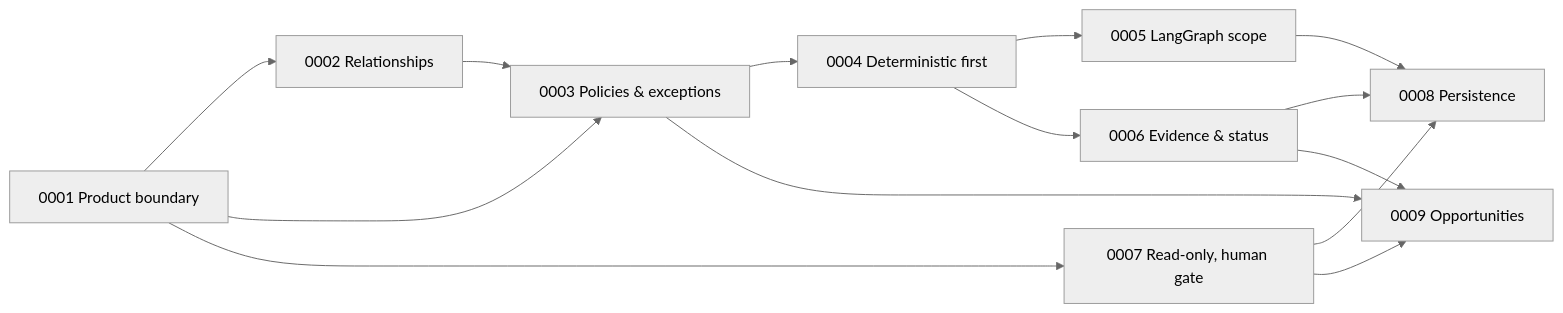
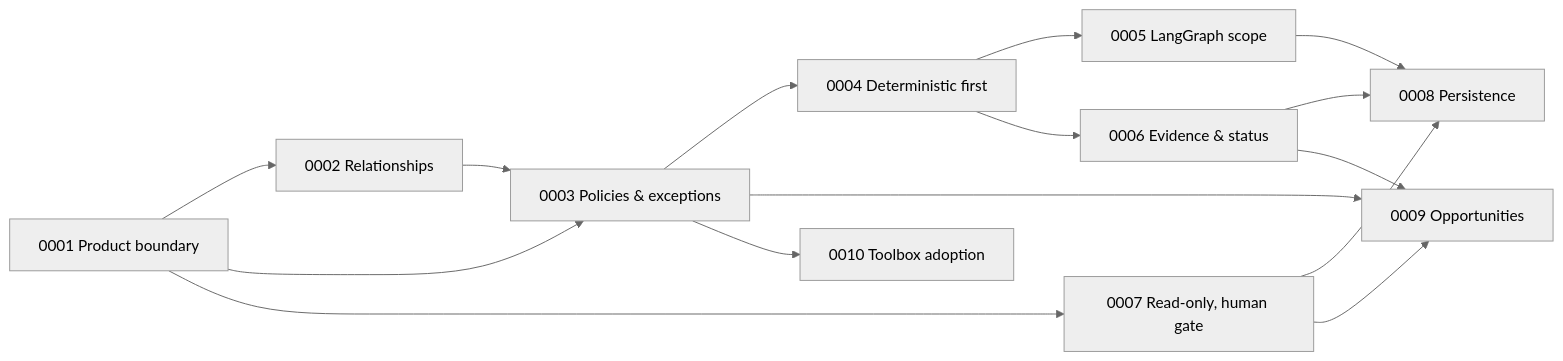
One commit to koydas/repo-orchestrator changed the diagram in docs/adr/README.md. Above: the diagram before and after it, drawn with Mermaid (neutral theme). The commit also changed other lines of this file and 8 other files, not shown here.

````diff
--- a/docs/adr/README.md
+++ b/docs/adr/README.md
@@ -23,16 +24,17 @@
 ```mermaid
 flowchart LR
     A1["0001 Product boundary"] --> A2["0002 Relationships"]
     A1 --> A3["0003 Policies & exceptions"]
     A2 --> A3
     A3 --> A4["0004 Deterministic first"]
     A4 --> A5["0005 LangGraph scope"]
     A4 --> A6["0006 Evidence & status"]
     A1 --> A7["0007 Read-only, human gate"]
     A5 --> A8["0008 Persistence"]
     A6 --> A8
     A7 --> A8
     A3 --> A9["0009 Opportunities"]
     A6 --> A9
     A7 --> A9
+    A3 --> A10["0010 Toolbox adoption"]
 ```
````
